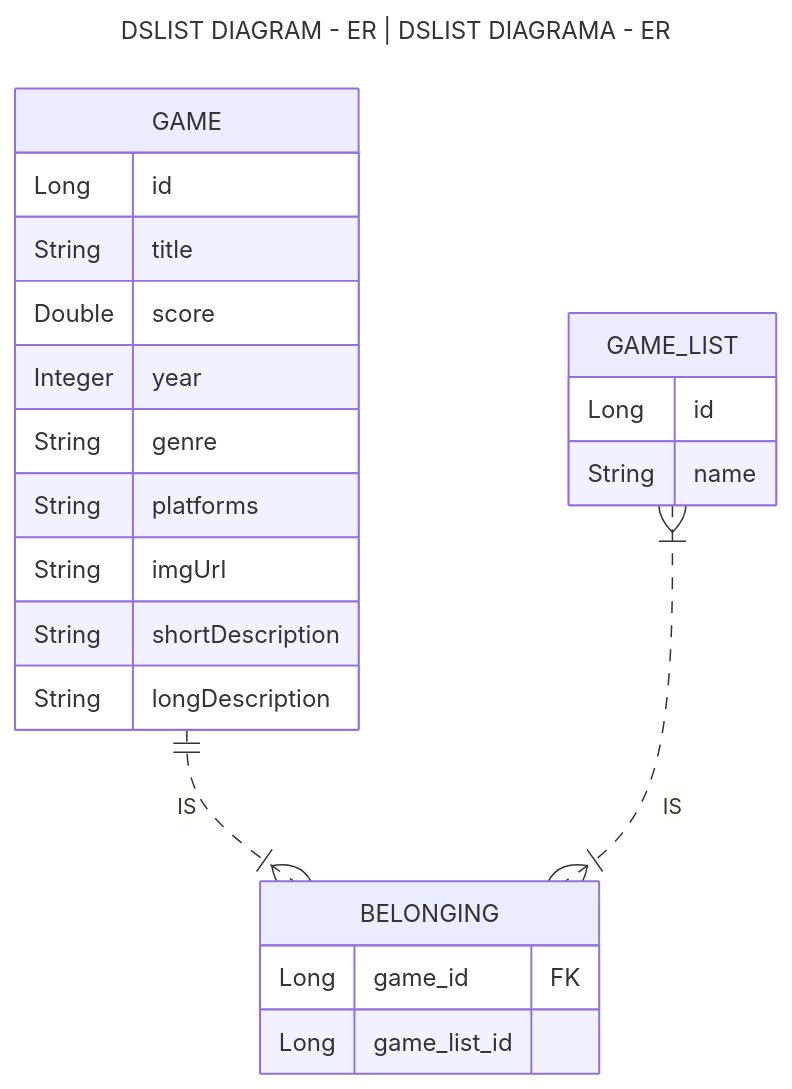
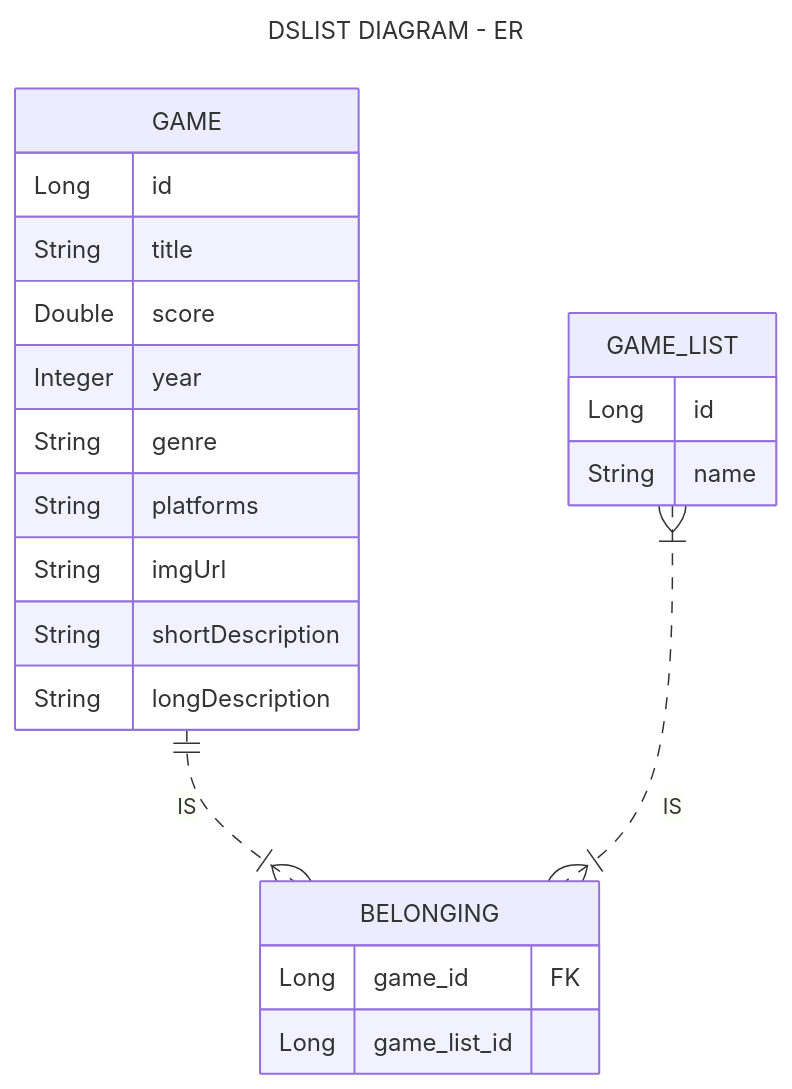
The first of 2 diagrams in README_EN.md (brunoonofre64/dslist), drawn with Mermaid before and after one commit. The commit also changed other lines of this file, not shown here.

`````````diff
--- a/README_EN.md
+++ b/README_EN.md
@@ -116,32 +106,32 @@
 ```````mermaid
 ---
-title: DSLIST DIAGRAM - ER | DSLIST DIAGRAMA - ER
+title: DSLIST DIAGRAM - ER 
 ---
 erDiagram
 GAME ||..|{ BELONGING : IS
 GAME_LIST }|..|{ BELONGING : IS
 
 GAME {
 Long id
 String title
 Double score
 Integer year
 String genre
 String platforms
 String imgUrl
 String shortDescription
 String longDescription
 }
 
 GAME_LIST {
 Long id
 String name
 }
 
 BELONGING {
 Long game_id FK
 Long game_list_id
 }
 
 
 ````````
`````````
